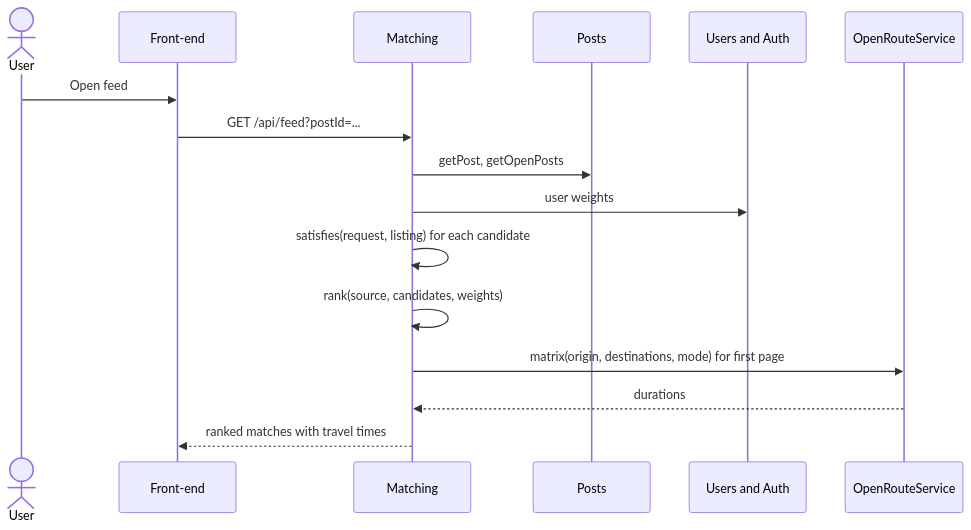
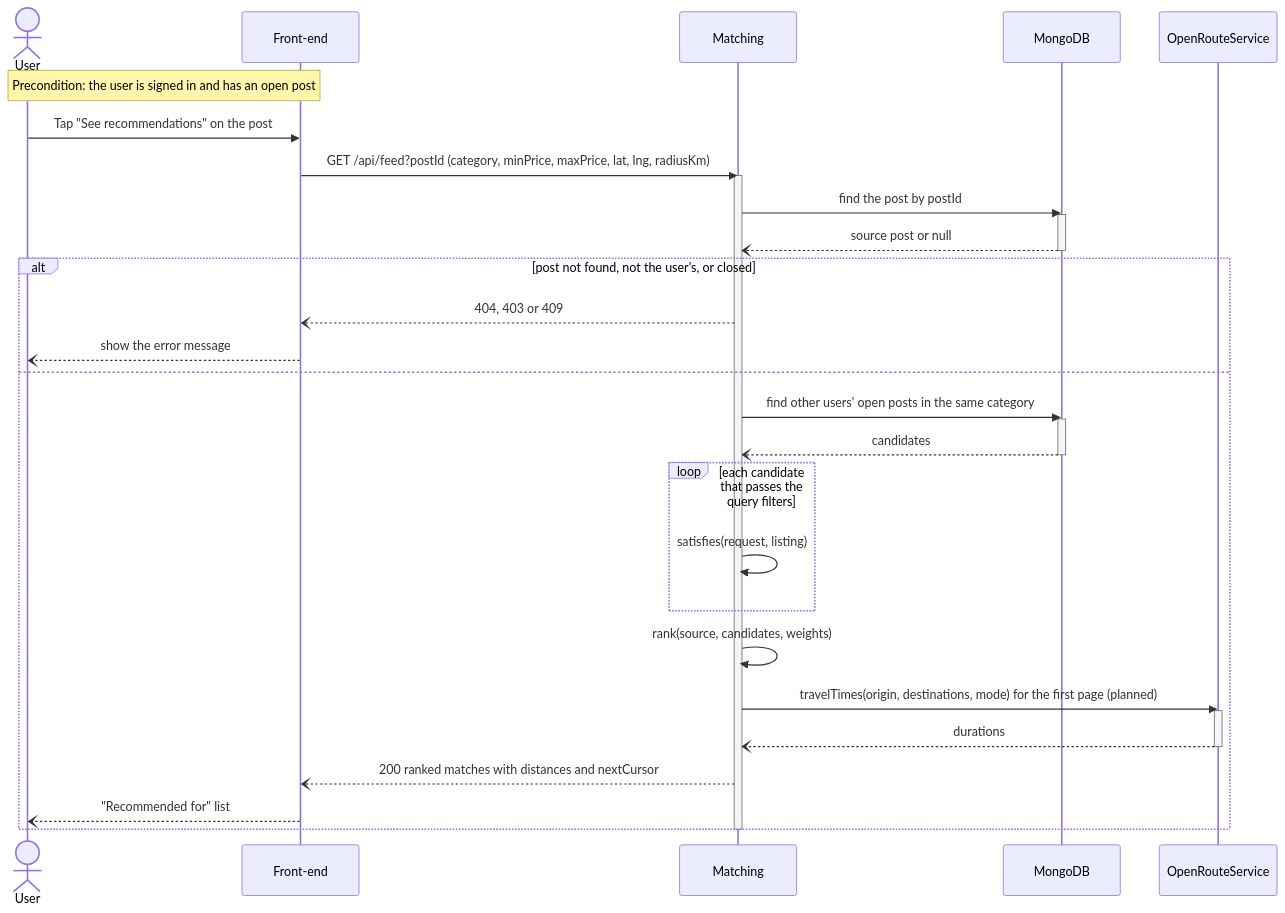
Before and after one commit to m1lun/m1skeletonProject: the fourth of 6 diagrams in documentation/Requirements_and_Design.md, drawn with Mermaid. The commit also changed other lines of this file and 3 other files, not shown here.

First line of the commit message:
docs: align requirements and design diagrams with the use cases and components

````diff
--- a/documentation/Requirements_and_Design.md
+++ b/documentation/Requirements_and_Design.md
@@ -465,18 +553,36 @@
 ```mermaid
 sequenceDiagram
     actor U as User
     participant FE as Front-end
     participant M as Matching
-    participant P as Posts
-    participant UA as Users and Auth
+    participant DB as MongoDB
     participant ORS as OpenRouteService
-    U->>FE: Open feed
-    FE->>M: GET /api/feed?postId=...
-    M->>P: getPost, getOpenPosts
-    M->>UA: user weights
-    M->>M: satisfies(request, listing) for each candidate
-    M->>M: rank(source, candidates, weights)
-    M->>ORS: matrix(origin, destinations, mode) for first page
-    ORS-->>M: durations
-    M-->>FE: ranked matches with travel times
+    Note over U,FE: Precondition: the user is signed in and has an open post
+    U->>FE: Tap "See recommendations" on the post
+    FE->>M: GET /api/feed?postId (category, minPrice, maxPrice, lat, lng, radiusKm)
+    activate M
+    M->>DB: find the post by postId
+    activate DB
+    DB--)M: source post or null
+    deactivate DB
+    alt post not found, not the user's, or closed
+        M--)FE: 404, 403 or 409
+        FE--)U: show the error message
+    else
+        M->>DB: find other users' open posts in the same category
+        activate DB
+        DB--)M: candidates
+        deactivate DB
+        loop each candidate that passes the query filters
+            M->>M: satisfies(request, listing)
+        end
+        M->>M: rank(source, candidates, weights)
+        M->>ORS: travelTimes(origin, destinations, mode) for the first page (planned)
+        activate ORS
+        ORS--)M: durations
+        deactivate ORS
+        M--)FE: 200 ranked matches with distances and nextCursor
+        FE--)U: "Recommended for" list
+    end
+    deactivate M
 ```
````
